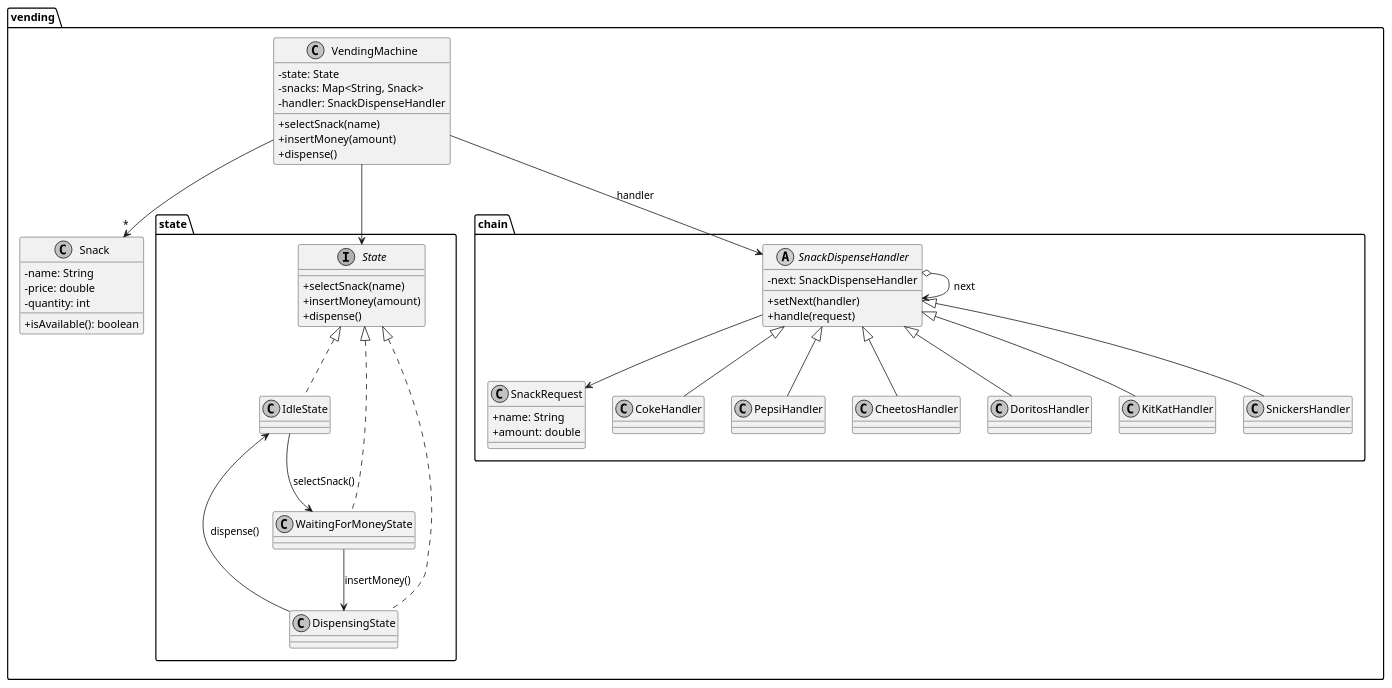
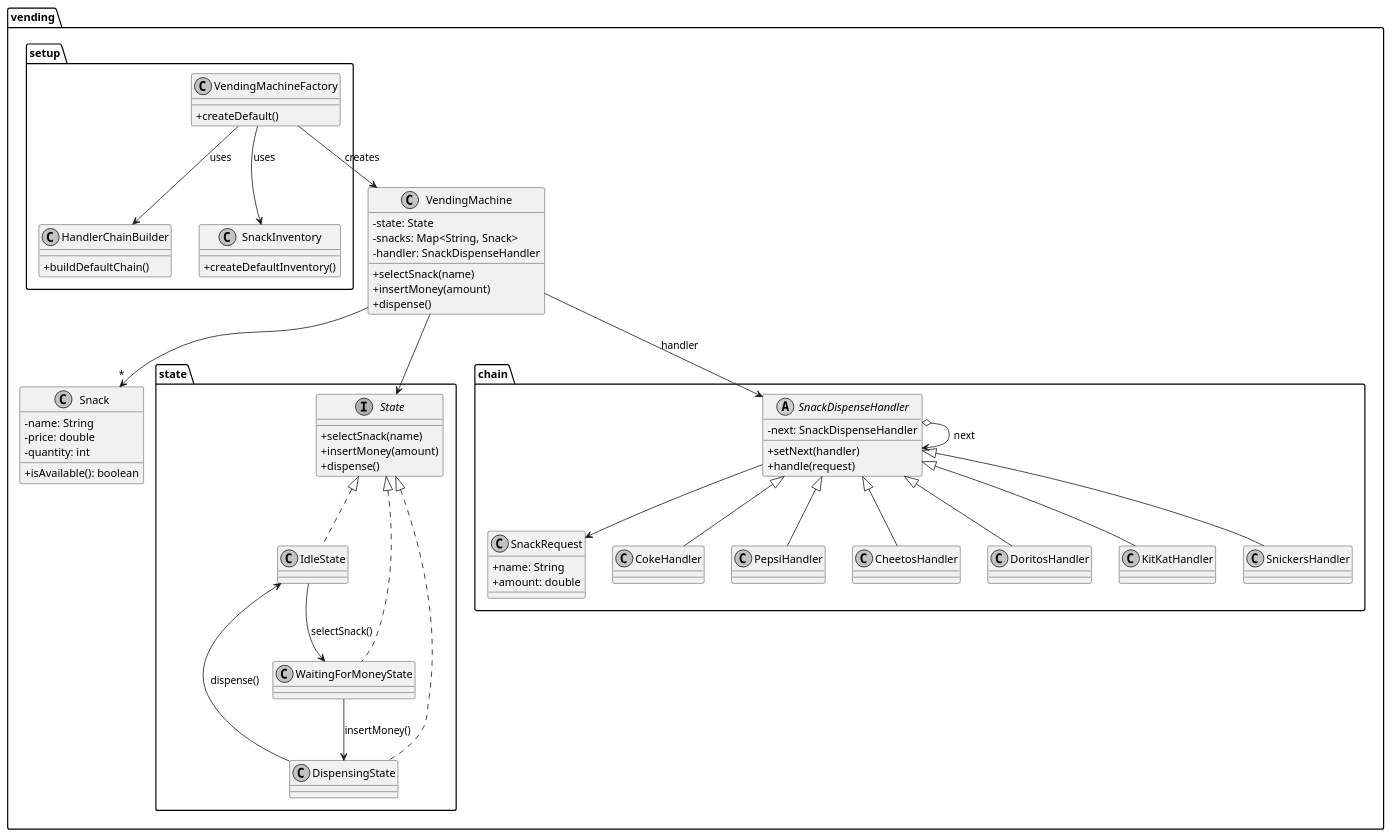
Before and after one commit to keiakihito/CS5800-HW7: the diagram in UML/vending_machine.puml, drawn with PlantUML. The commit also changed 3 other files, not shown here.

Commit message:
[Update] Add some inline comments for architectual decision.

```diff
--- a/UML/vending_machine.puml
+++ b/UML/vending_machine.puml
@@ -1,74 +1,90 @@
 @startuml
 skinparam monochrome true
 skinparam classAttributeIconSize 0
 
 package "vending" {
   class VendingMachine {
     -state: State
     -snacks: Map<String, Snack>
     -handler: SnackDispenseHandler
     +selectSnack(name)
     +insertMoney(amount)
     +dispense()
   }
 
   class Snack {
     -name: String
     -price: double
     -quantity: int
     +isAvailable(): boolean
   }
 }
 
 package "vending.state" {
   interface State {
     +selectSnack(name)
     +insertMoney(amount)
     +dispense()
   }
 
   class IdleState
   class WaitingForMoneyState
   class DispensingState
 }
 
 package "vending.chain" {
   abstract class SnackDispenseHandler {
     -next: SnackDispenseHandler
     +setNext(handler)
     +handle(request)
   }
 
   class SnackRequest {
     +name: String
     +amount: double
   }
 
   class CokeHandler
   class PepsiHandler
   class CheetosHandler
   class DoritosHandler
   class KitKatHandler
   class SnickersHandler
 }
 
+package "vending.setup" {
+  class HandlerChainBuilder {
+    +buildDefaultChain()
+  }
+  class SnackInventory {
+    +createDefaultInventory()
+  }
+  class VendingMachineFactory {
+    +createDefault()
+  }
+}
+
 VendingMachine --> State
 VendingMachine --> SnackDispenseHandler : handler
 VendingMachine --> "*" Snack
 State <|.. IdleState
 State <|.. WaitingForMoneyState
 State <|.. DispensingState
 SnackDispenseHandler <|-- CokeHandler
 SnackDispenseHandler <|-- PepsiHandler
 SnackDispenseHandler <|-- CheetosHandler
 SnackDispenseHandler <|-- DoritosHandler
 SnackDispenseHandler <|-- KitKatHandler
 SnackDispenseHandler <|-- SnickersHandler
 SnackDispenseHandler o--> SnackDispenseHandler : next
 SnackDispenseHandler --> SnackRequest
 
+VendingMachineFactory --> VendingMachine : creates
+VendingMachineFactory --> SnackInventory : uses
+VendingMachineFactory --> HandlerChainBuilder : uses
+
 IdleState --> WaitingForMoneyState : selectSnack()
 WaitingForMoneyState --> DispensingState : insertMoney()
 DispensingState --> IdleState : dispense()
 
 @enduml
```
